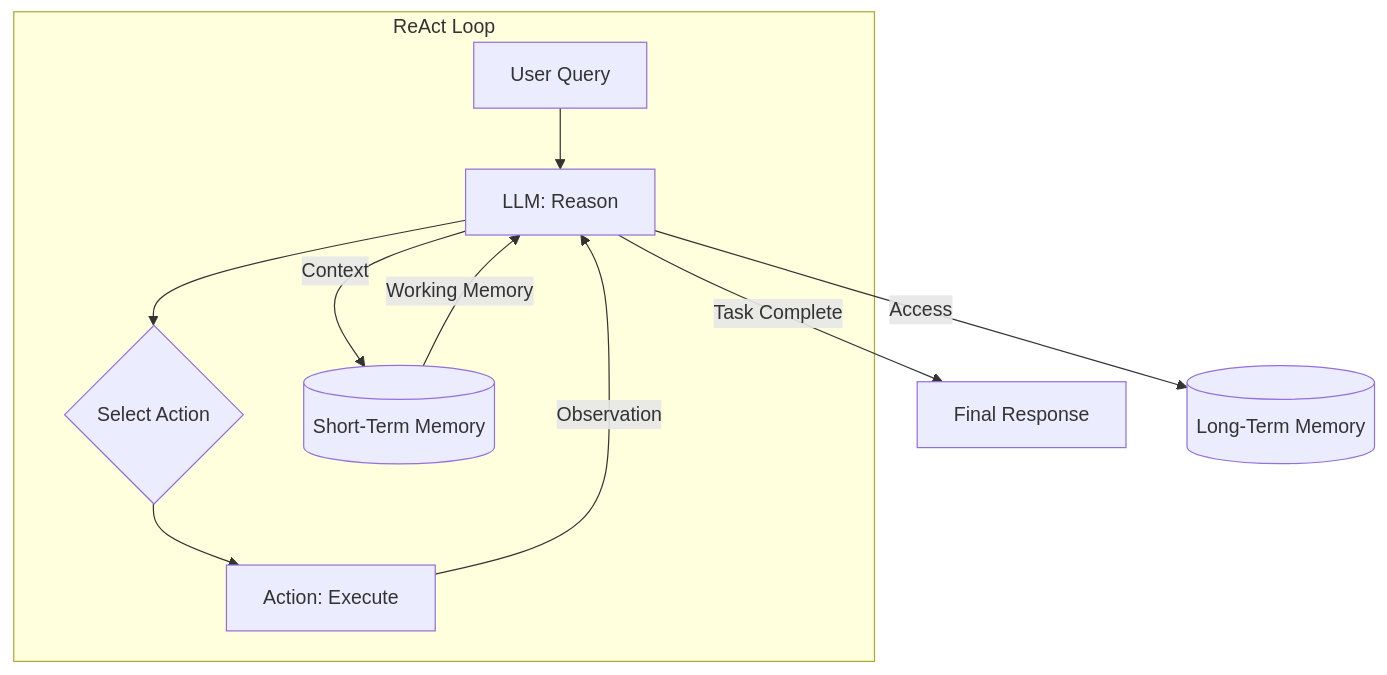
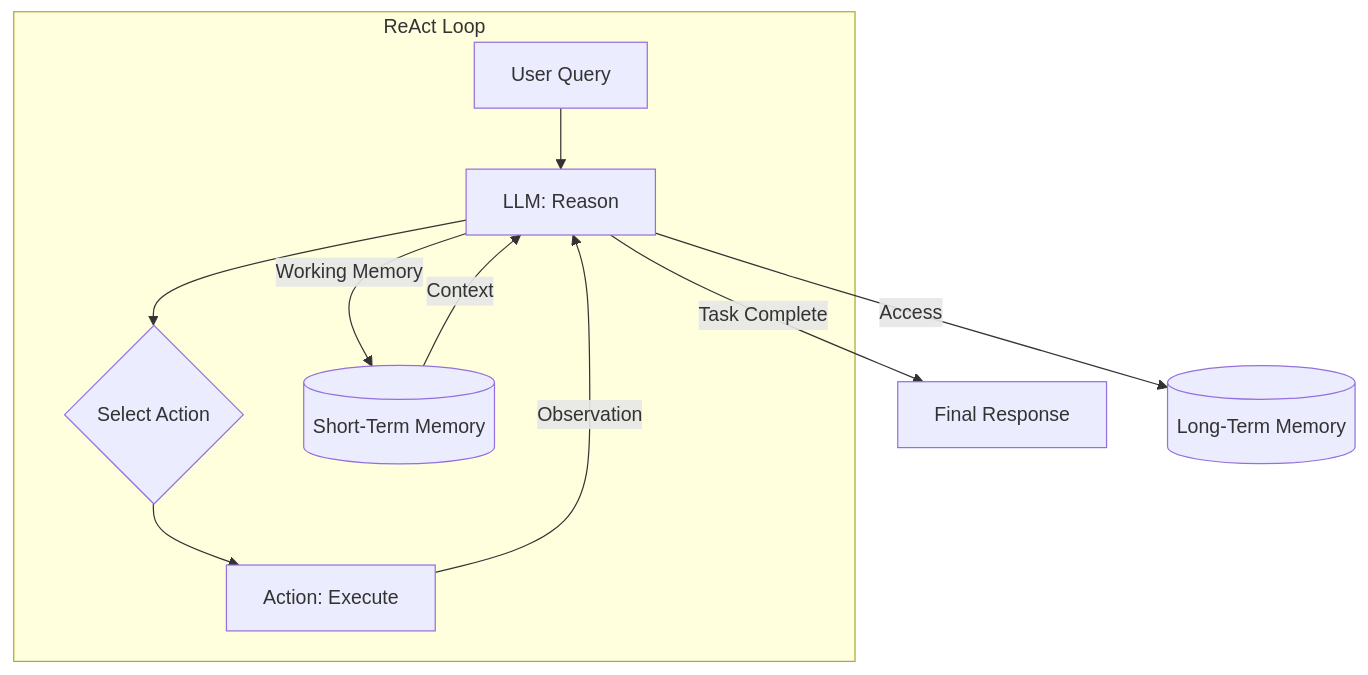
The fifth of 8 diagrams in lessons/02_workflows_vs_agents/article.md (shoaibkhanz/agentic-ai-engineering-course), drawn with Mermaid before and after one commit.

Commit message:
feat: Update L2

````diff
--- a/lessons/02_workflows_vs_agents/article.md
+++ b/lessons/02_workflows_vs_agents/article.md
@@ -139,13 +139,13 @@
 ```mermaid
 graph TD
     subgraph "ReAct Loop"
         A[User Query] --> B[LLM: Reason];
         B --> C{Select Action};
         C --> D[Action: Execute];
         D -- Observation --> B;
-        B -- Context --> G[(Short-Term Memory)];
-        G -- Working Memory --> B;
+        B -- Working Memory --> G[(Short-Term Memory)];
+        G -- Context --> B;
     end
     B -- Task Complete --> E[Final Response];
     B -- Access --> F[(Long-Term Memory)];
 ```
````
